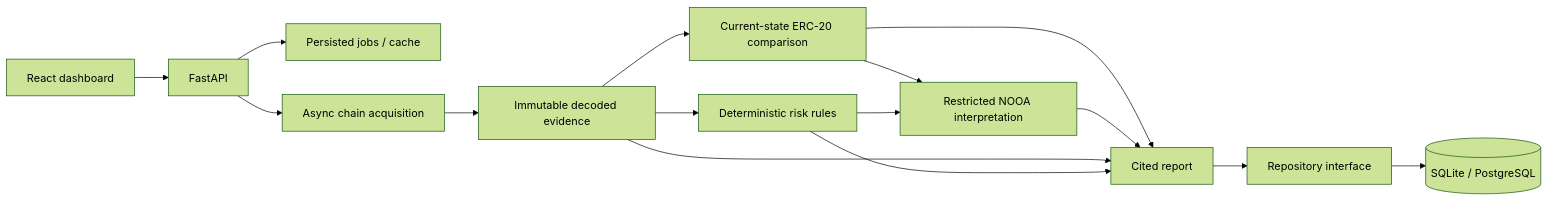
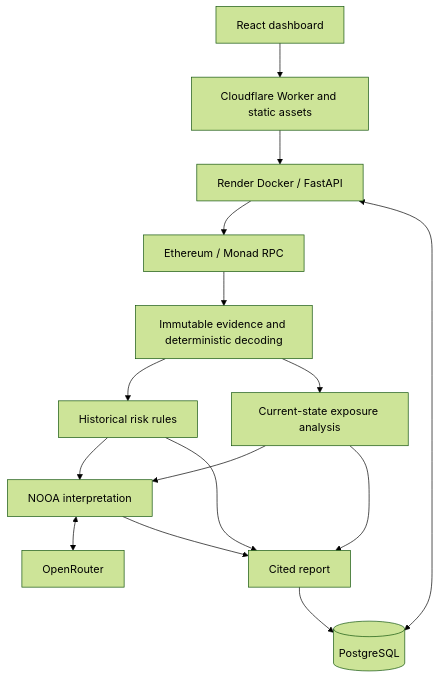
The diagram in README.md (eshitakundu/TraceIntel), drawn with Mermaid (forest theme) before and after one commit. The commit also changed other lines of this file and 42 other files, not shown here.

````diff
--- a/README.md
+++ b/README.md
@@ -72,17 +27,17 @@
 ```mermaid
-flowchart LR
-  UI[React dashboard] --> API[FastAPI]
-  API --> Jobs[Persisted jobs / cache]
-  API --> RPC[Async chain acquisition]
-  RPC --> Facts[Immutable decoded evidence]
-  Facts --> Rules[Deterministic risk rules]
-  Facts --> Exposure[Current-state ERC-20 comparison]
-  Exposure --> NOOA[Restricted NOOA interpretation]
+flowchart TD
+  Browser[React dashboard] --> Worker[Cloudflare Worker and static assets]
+  Worker --> API[Render Docker / FastAPI]
+  API --> RPC[Ethereum / Monad RPC]
+  RPC --> Evidence[Immutable evidence and deterministic decoding]
+  Evidence --> Risk[Historical risk rules]
+  Evidence --> Exposure[Current-state exposure analysis]
+  Risk --> NOOA[NOOA interpretation]
+  Exposure --> NOOA
+  NOOA <--> OpenRouter[OpenRouter]
+  Risk --> Report[Cited report]
   Exposure --> Report
-  Rules --> NOOA
-  NOOA --> Report[Cited report]
-  Facts --> Report
-  Rules --> Report
-  Report --> Store[Repository interface]
-  Store --> DB[(SQLite / PostgreSQL)]
+  NOOA --> Report
+  Report --> DB[(PostgreSQL)]
+  API <--> DB
 ```
````
